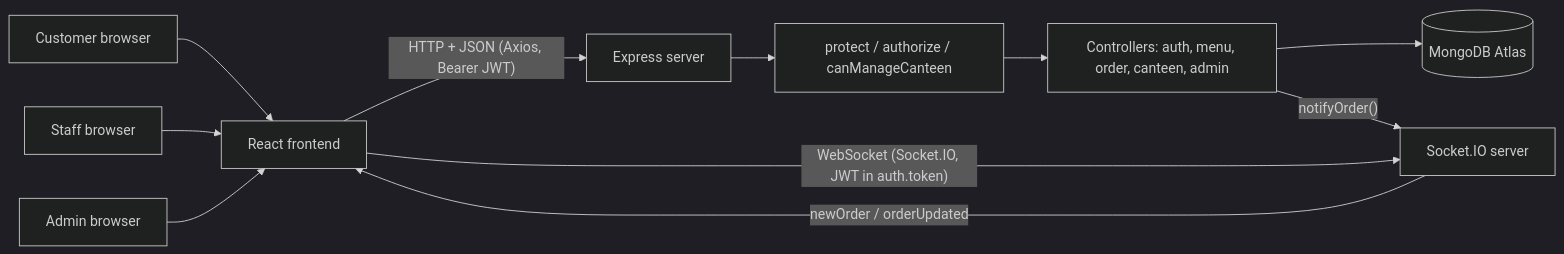
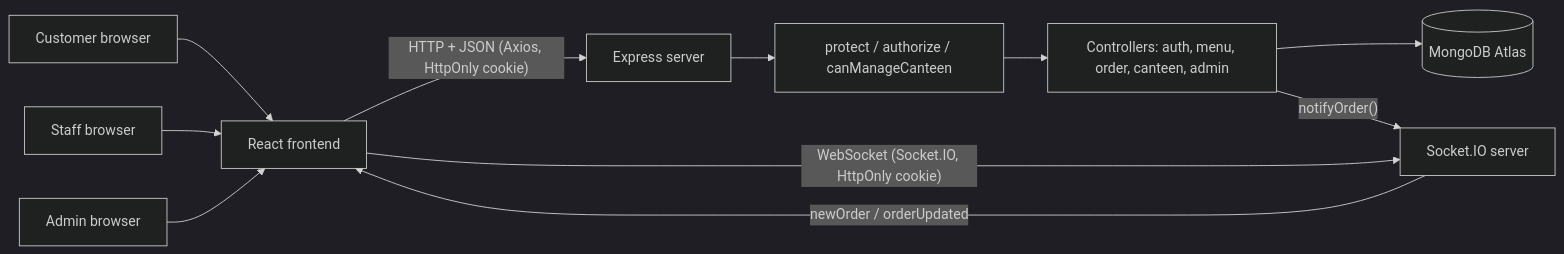
One commit to HarshitCode-02/canteen-management-system changed the first of 3 diagrams in README.md. Above: the diagram before and after it, drawn with Mermaid (dark theme). The commit also changed other lines of this file and 50 other files, not shown here.

Commit message:
feat: secure account flows and prepare Render deployment

````diff
--- a/README.md
+++ b/README.md
@@ -215,13 +215,13 @@
 ```mermaid
 flowchart LR
     C[Customer browser] --> R[React frontend]
     S[Staff browser] --> R
     A[Admin browser] --> R
-    R -- "HTTP + JSON (Axios, Bearer JWT)" --> E[Express server]
-    R -- "WebSocket (Socket.IO, JWT in auth.token)" --> IO[Socket.IO server]
+    R -- "HTTP + JSON (Axios, HttpOnly cookie)" --> E[Express server]
+    R -- "WebSocket (Socket.IO, HttpOnly cookie)" --> IO[Socket.IO server]
     E --> MW[protect / authorize / canManageCanteen]
     MW --> CT[Controllers: auth, menu, order, canteen, admin]
     CT --> DB[(MongoDB Atlas)]
     CT -- "notifyOrder()" --> IO
     IO -- "newOrder / orderUpdated" --> R
 ```
````
